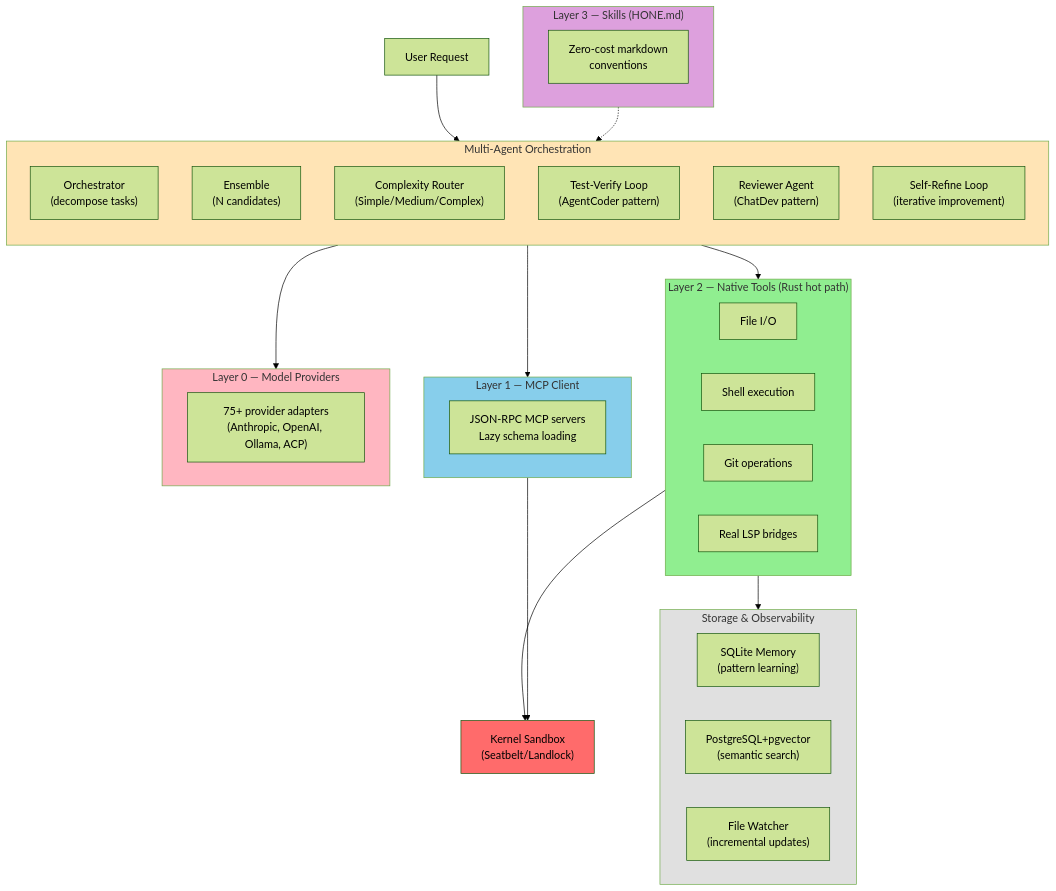
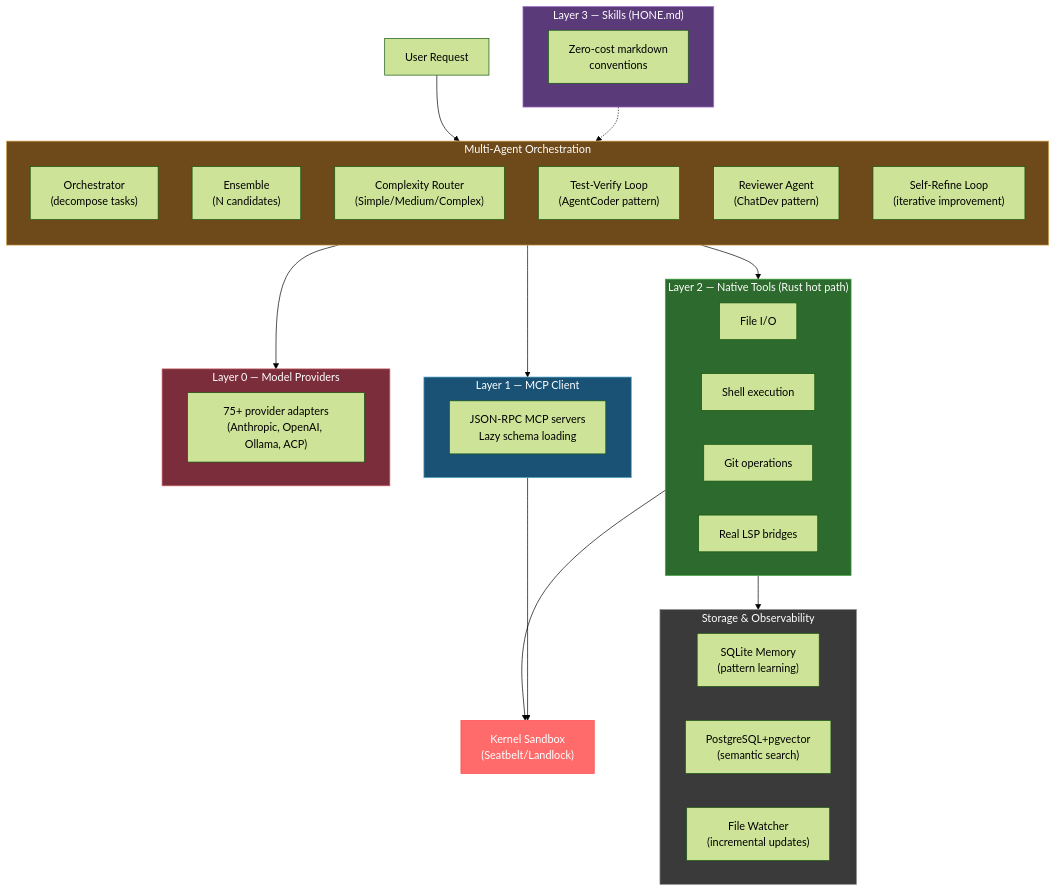
One commit to wojciechkpl/hone changed the diagram in docs/index.md. Above: the diagram before and after it, drawn with Mermaid (forest theme). The commit also changed 1 other file, not shown here.

Commit message:
Fix Mermaid diagram: dark-friendly colors, force dark theme for diagrams

````diff
--- a/docs/index.md
+++ b/docs/index.md
@@ -188,62 +188,63 @@
 ```mermaid
 graph TB
     User["User Request"]
     
     subgraph MultiAgent["Multi-Agent Orchestration"]
         direction TB
         Orch["Orchestrator<br/>(decompose tasks)"]
         Ensemble["Ensemble<br/>(N candidates)"]
         Router["Complexity Router<br/>(Simple/Medium/Complex)"]
         TestLoop["Test-Verify Loop<br/>(AgentCoder pattern)"]
         Reviewer["Reviewer Agent<br/>(ChatDev pattern)"]
         SelfRefine["Self-Refine Loop<br/>(iterative improvement)"]
     end
 
     subgraph L3["Layer 3 — Skills (HONE.md)"]
         direction LR
         HM["Zero-cost markdown<br/>conventions"]
     end
 
     subgraph L2["Layer 2 — Native Tools (Rust hot path)"]
         direction LR
         FIO["File I/O"]
         Shell["Shell execution"]
         Git["Git operations"]
         LSP["Real LSP bridges"]
     end
 
     subgraph L1["Layer 1 — MCP Client"]
         direction LR
         MCP["JSON-RPC MCP servers<br/>Lazy schema loading"]
     end
 
     subgraph L0["Layer 0 — Model Providers"]
         direction LR
         Providers["75+ provider adapters<br/>(Anthropic, OpenAI, Ollama, ACP)"]
     end
 
     subgraph Storage["Storage & Observability"]
         Memory["SQLite Memory<br/>(pattern learning)"]
         Index["PostgreSQL+pgvector<br/>(semantic search)"]
         Watcher["File Watcher<br/>(incremental updates)"]
     end
 
     Sandbox["Kernel Sandbox<br/>(Seatbelt/Landlock)"]
 
     User --> MultiAgent
     MultiAgent --> L2
     MultiAgent --> L1
     MultiAgent --> L0
     L2 --> Sandbox
     L2 --> Storage
     L1 --> Sandbox
     L3 -.-> MultiAgent
     
-    style L2 fill:#90EE90
-    style L1 fill:#87CEEB
-    style L0 fill:#FFB6C1
-    style L3 fill:#DDA0DD
-    style MultiAgent fill:#FFE4B5
-    style Storage fill:#E0E0E0
+    style L2 fill:#2d6a2d,stroke:#4a4,color:#fff
+    style L1 fill:#1a5276,stroke:#5ac,color:#fff
+    style L0 fill:#7b2d3b,stroke:#c66,color:#fff
+    style L3 fill:#5b3a7a,stroke:#a7c,color:#fff
+    style MultiAgent fill:#6e4a1a,stroke:#da5,color:#fff
+    style Storage fill:#3a3a3a,stroke:#888,color:#fff
+    style Sandbox fill:#8b0000,stroke:#f44,color:#fff
     style Sandbox fill:#FF6B6B
 ```
````
